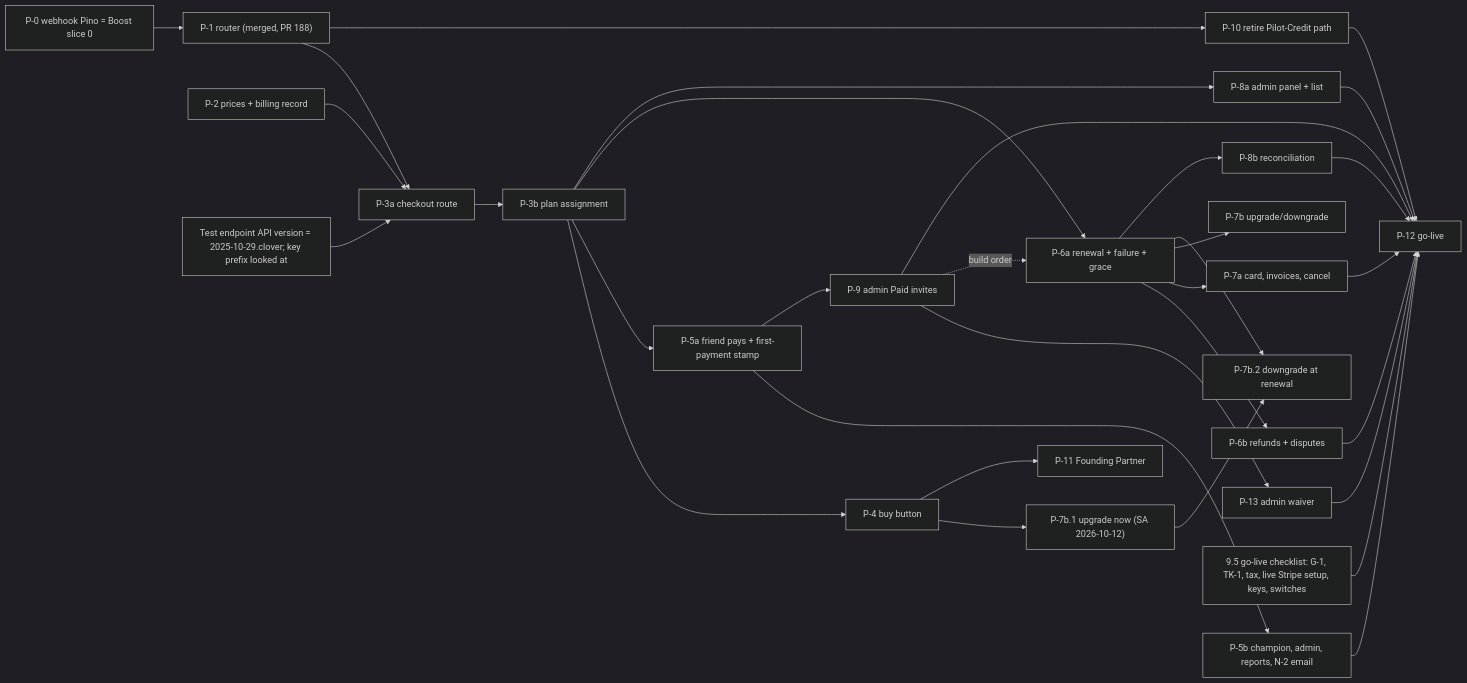
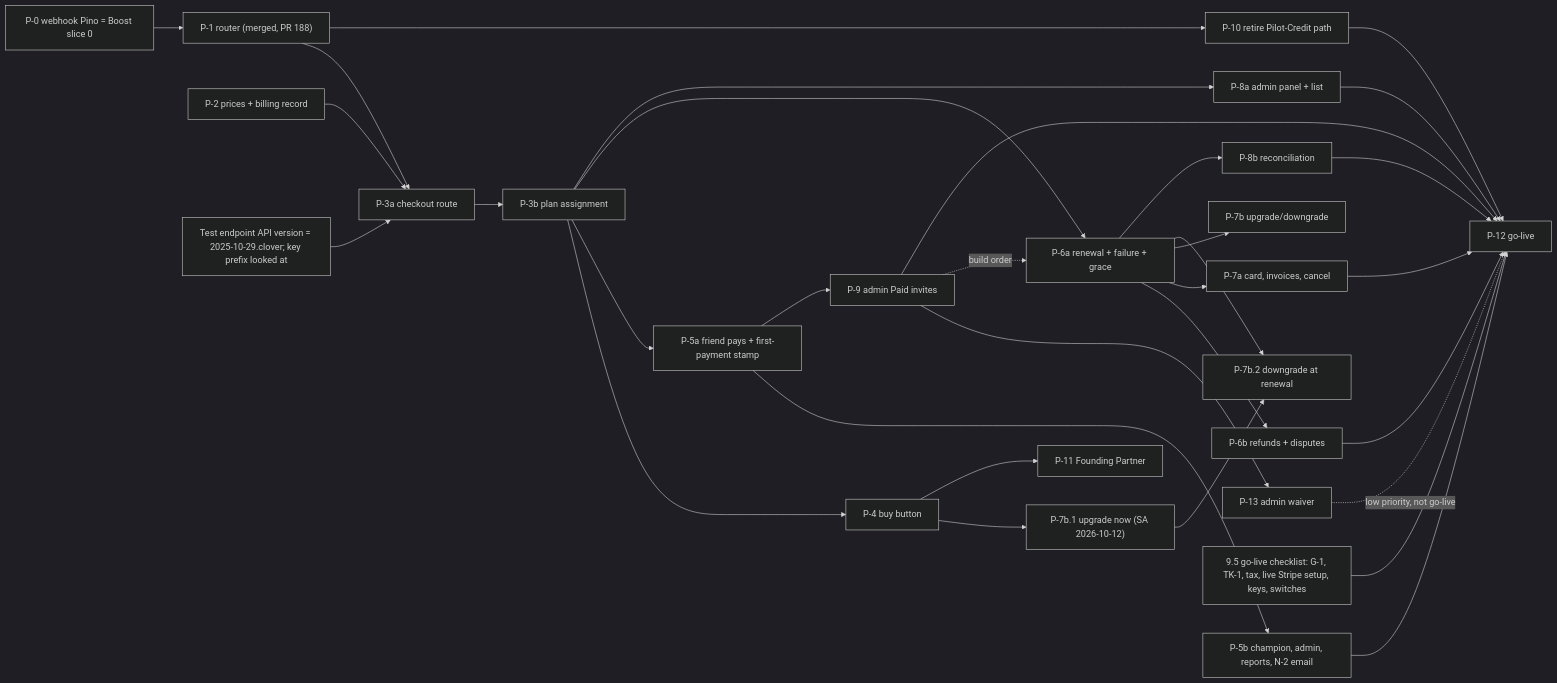
Before and after one commit to AgentsPilot/neuronforge: the third of 3 diagrams in docs/requirements/BUSINESS_OS_PLAN_PAYMENTS_REQUIREMENT.md, drawn with Mermaid (dark theme). The commit also changed other lines of this file, not shown here.

````diff
--- a/docs/requirements/BUSINESS_OS_PLAN_PAYMENTS_REQUIREMENT.md
+++ b/docs/requirements/BUSINESS_OS_PLAN_PAYMENTS_REQUIREMENT.md
@@ -482,34 +482,34 @@
 ```mermaid
 flowchart LR
   P0[P-0 webhook Pino = Boost slice 0] --> P1
   P1["P-1 router (merged, PR 188)"] --> P3a
   P2[P-2 prices + billing record] --> P3a
   Q5["Test endpoint API version = 2025-10-29.clover; key prefix looked at"] --> P3a
   P3a[P-3a checkout route] --> P3b[P-3b plan assignment]
   P3b --> P4[P-4 buy button]
   P3b --> P5a[P-5a friend pays + first-payment stamp]
   P5a --> P5b[P-5b champion, admin, reports, N-2 email]
   P5a --> P9[P-9 admin Paid invites]
   P9 --> P13[P-13 admin waiver]
   P9 -. build order .-> P6a
   P3b --> P6a[P-6a renewal + failure + grace]
   P3b --> P8a[P-8a admin panel + list]
   P6a --> P6b[P-6b refunds + disputes]
   P6a --> P7a[P-7a card, invoices, cancel]
   P6a --> P7b[P-7b upgrade/downgrade]
   P4 --> P7b1["P-7b.1 upgrade now (SA 2026-10-12)"]
   P7b1 --> P7b2[P-7b.2 downgrade at renewal]
   P6a --> P7b2
   P6a --> P8b[P-8b reconciliation]
   P1 --> P10[P-10 retire Pilot-Credit path]
   P4 --> P11[P-11 Founding Partner]
   GL["9.5 go-live checklist: G-1, TK-1, tax, live Stripe setup, keys, switches"] --> P12[P-12 go-live]
   P9 --> P12
   P5b --> P12
-  P13 --> P12
+  P13 -. low priority, not go-live .-> P12
   P7a --> P12
   P8b --> P12
   P10 --> P12
   P6b --> P12
   P8a --> P12
 ```
````
